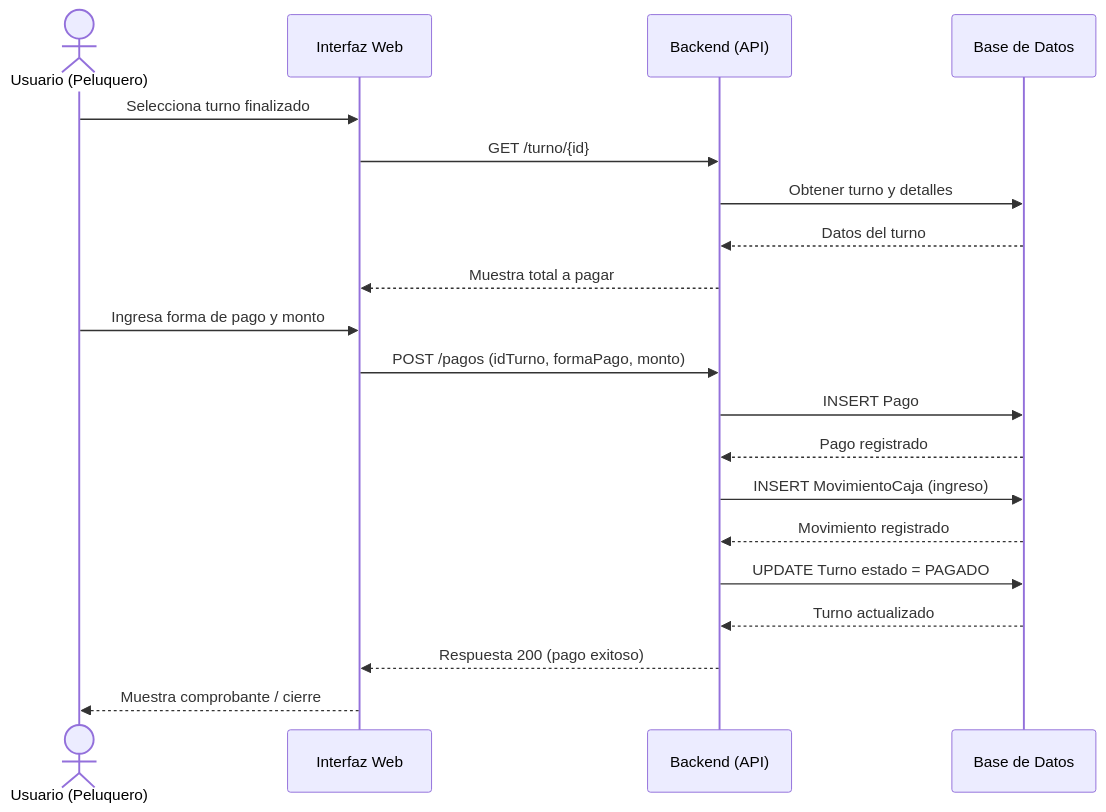
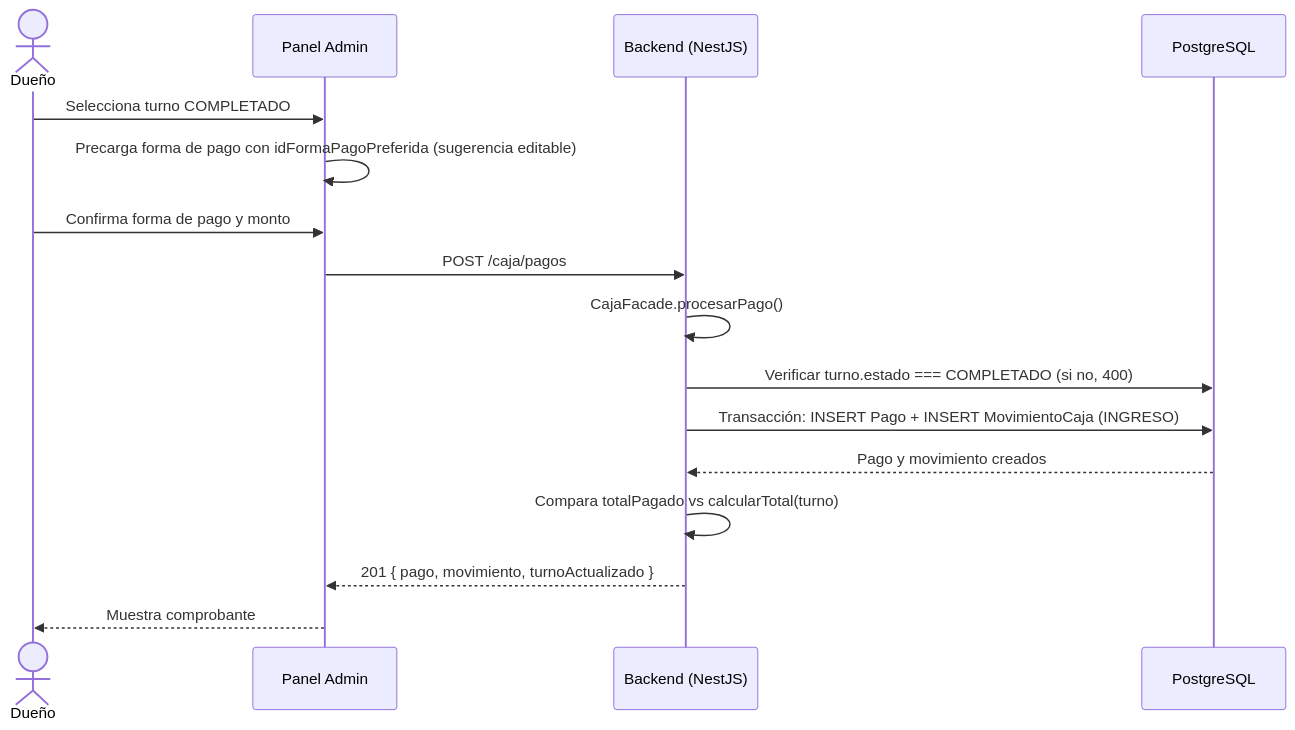
The fifth of 13 diagrams in diagramas-arquitectura-software/diagramas-procesos.md (Lean-98/generic-barber), drawn with Mermaid before and after one commit. The commit also changed other lines of this file and 9 other files, not shown here.

````diff
--- a/diagramas-arquitectura-software/diagramas-procesos.md
+++ b/diagramas-arquitectura-software/diagramas-procesos.md
@@ -31,23 +164,19 @@
 ```mermaid
 sequenceDiagram
-    actor Usuario as Usuario (Peluquero)
-    participant UI as Interfaz Web
-    participant API as Backend (API)
-    participant DB as Base de Datos
+    actor Dueño
+    participant UI as Panel Admin
+    participant API as Backend (NestJS)
+    participant DB as PostgreSQL
 
-    Usuario->>UI: Selecciona turno finalizado
-    UI->>API: GET /turno/{id}
-    API->>DB: Obtener turno y detalles
-    DB-->>API: Datos del turno
-    API-->>UI: Muestra total a pagar
-    Usuario->>UI: Ingresa forma de pago y monto
-    UI->>API: POST /pagos (idTurno, formaPago, monto)
-    API->>DB: INSERT Pago
-    DB-->>API: Pago registrado
-    API->>DB: INSERT MovimientoCaja (ingreso)
-    DB-->>API: Movimiento registrado
-    API->>DB: UPDATE Turno estado = PAGADO
-    DB-->>API: Turno actualizado
-    API-->>UI: Respuesta 200 (pago exitoso)
-    UI-->>Usuario: Muestra comprobante / cierre
+    Dueño->>UI: Selecciona turno COMPLETADO
+    UI->>UI: Precarga forma de pago con idFormaPagoPreferida (sugerencia editable)
+    Dueño->>UI: Confirma forma de pago y monto
+    UI->>API: POST /caja/pagos
+    API->>API: CajaFacade.procesarPago()
+    API->>DB: Verificar turno.estado === COMPLETADO (si no, 400)
+    API->>DB: Transacción: INSERT Pago + INSERT MovimientoCaja (INGRESO)
+    DB-->>API: Pago y movimiento creados
+    API->>API: Compara totalPagado vs calcularTotal(turno)
+    API-->>UI: 201 { pago, movimiento, turnoActualizado }
+    UI-->>Dueño: Muestra comprobante
 ```
````
